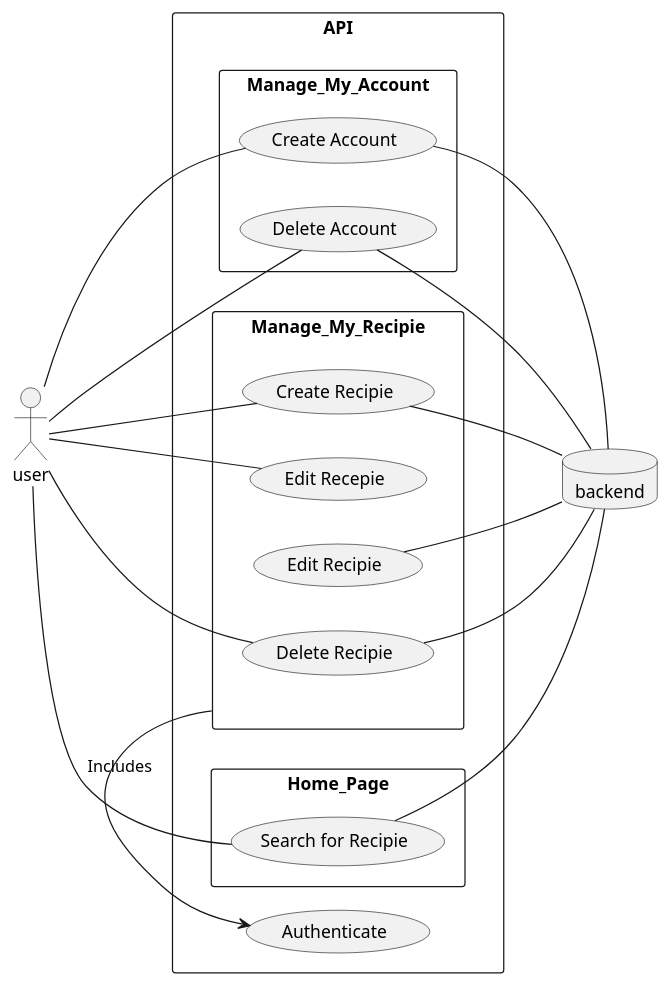
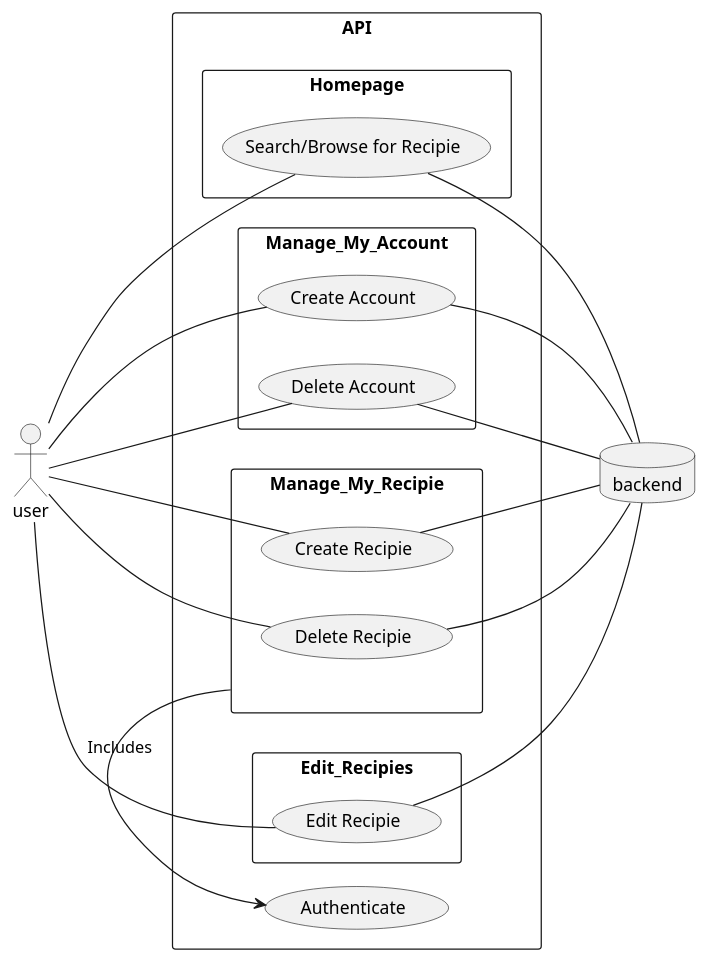
One commit to patelnisarg/trycooking.io changed the fifth of 6 diagrams in documentation/useCases.puml. Above: the diagram before and after it, drawn with PlantUML. The commit also changed other lines of this file and 28 other files, not shown here.

```diff
--- a/documentation/useCases.puml
+++ b/documentation/useCases.puml
@@ -1,41 +113,42 @@
-@startuml Use Case
+@startuml API
 
 left to right direction
 
 skinparam packageStyle rectangle
 
 actor user
 database backend
 
 
 
 rectangle API{
 
+    rectangle Homepage{
+        user -- (Search/Browse for Recipie)
+        (Search/Browse for Recipie) -- backend
+    }
     rectangle Manage_My_Account{
         user -- (Create Account)
         (Create Account) -- backend
 
         user -- (Delete Account)
         (Delete Account) -- backend
     }
 
     rectangle Manage_My_Recipie{
         user -- (Create Recipie)
         (Create Recipie) -- backend
-        user -- (Edit Recepie)
-        (Edit Recipie) -- backend
+
         user -- (Delete Recipie)
         (Delete Recipie) -- backend
     }
 
+    rectangle Edit_Recipies{
+
+        user -- (Edit Recipie)
+        (Edit Recipie) -- backend
+    }
+
     Manage_My_Recipie -> (Authenticate) : Includes
-
-    rectangle Home_Page{
-        user -- (Search for Recipie)
-        (Search for Recipie) -- backend
-    }
 }
-
-
-
 @enduml
```
